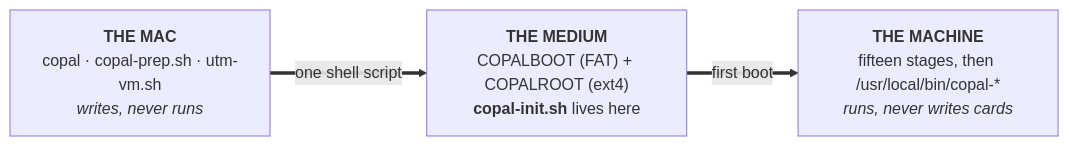
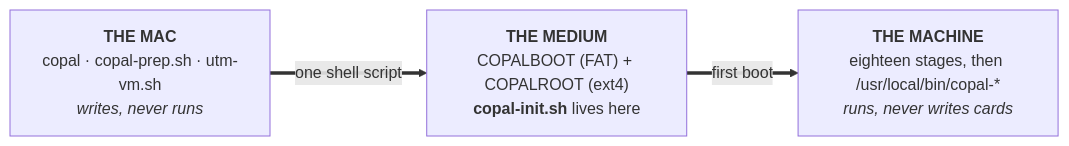
Before and after one commit to copallinux/copal: the diagram in docs/copal-handbook.md, drawn with Mermaid. The commit also changed other lines of this file and 11 other files, not shown here.

````diff
--- a/docs/copal-handbook.md
+++ b/docs/copal-handbook.md
@@ -138,7 +140,7 @@
 ```mermaid
 flowchart LR
     A["<b>THE MAC</b><br/>copal · copal-prep.sh · utm-vm.sh<br/><i>writes, never runs</i>"]
     B["<b>THE MEDIUM</b><br/>COPALBOOT (FAT) + COPALROOT (ext4)<br/><b>copal-init.sh</b> lives here"]
-    C["<b>THE MACHINE</b><br/>fifteen stages, then /usr/local/bin/copal-*<br/><i>runs, never writes cards</i>"]
+    C["<b>THE MACHINE</b><br/>eighteen stages, then /usr/local/bin/copal-*<br/><i>runs, never writes cards</i>"]
     A ==>|"one shell script"| B ==>|"first boot"| C
 ```
````
